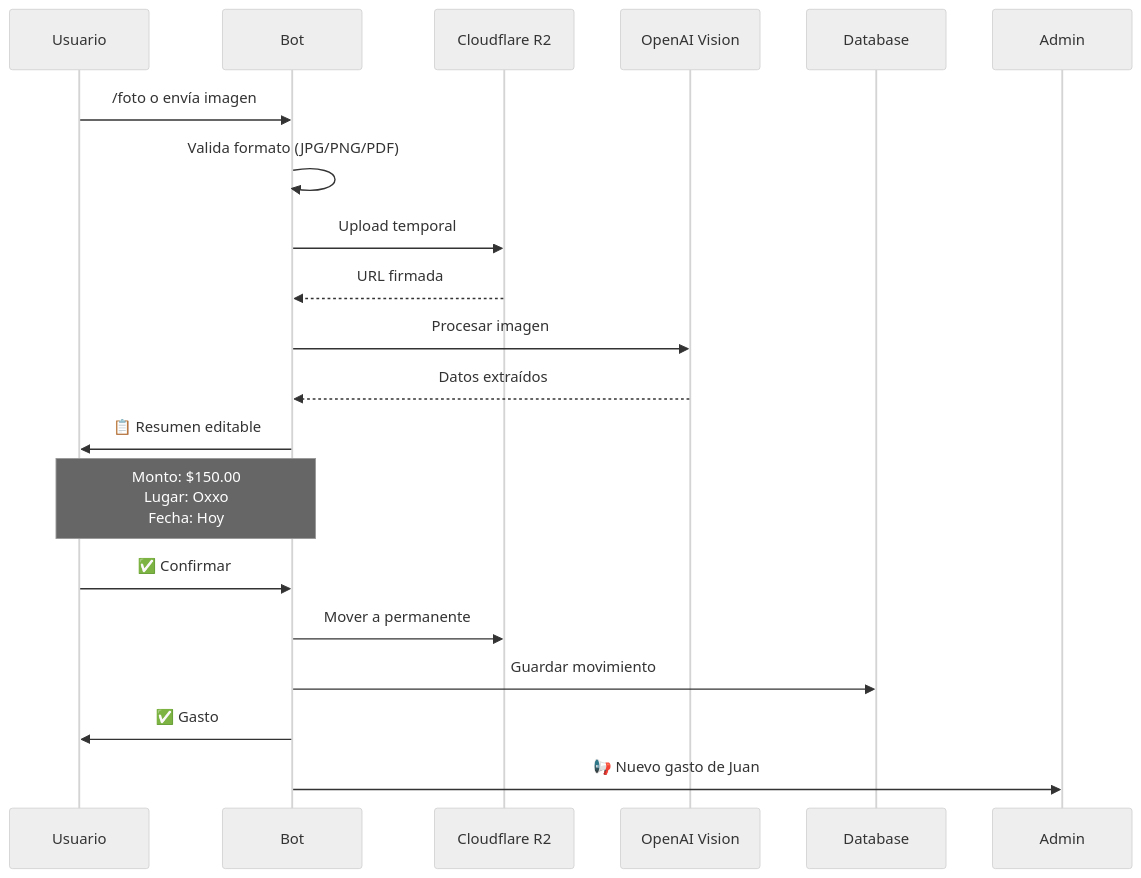
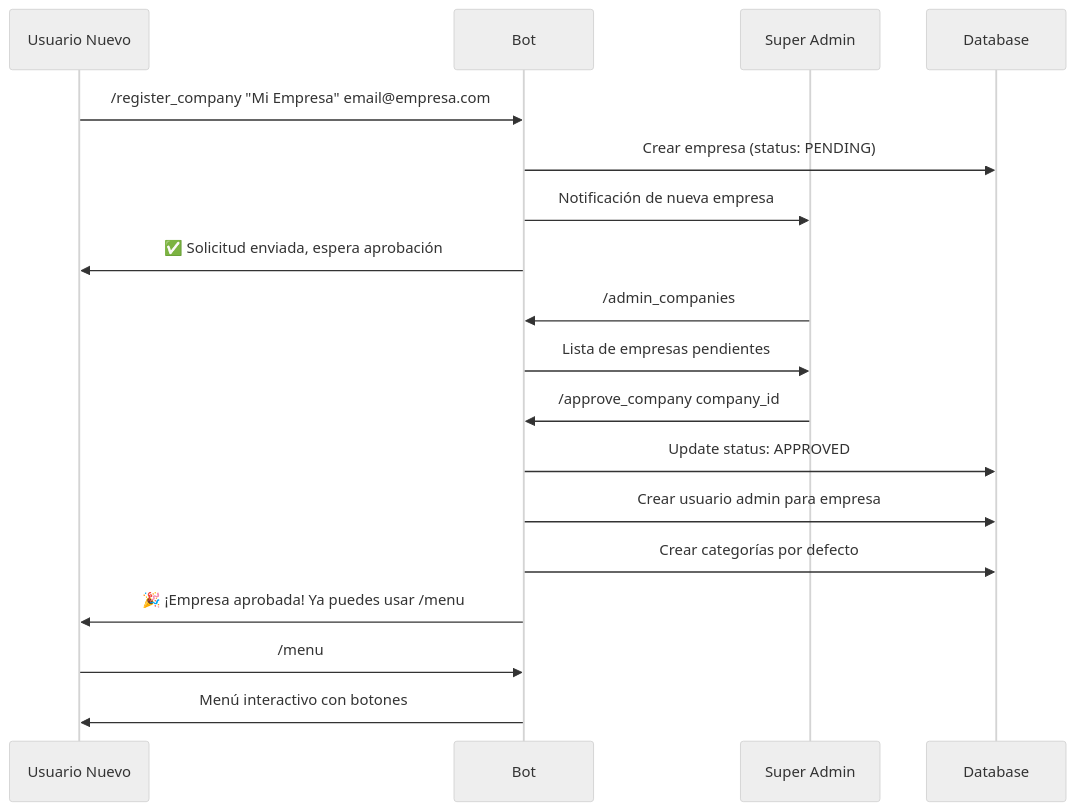
One commit to Fechomap/registroGASTOS changed the second of 2 diagrams in PLAN-MAESTRO-PROYECTO.md. Above: the diagram before and after it, drawn with Mermaid (neutral theme). The commit also changed other lines of this file and 7 other files, not shown here.

````diff
--- a/PLAN-MAESTRO-PROYECTO.md
+++ b/PLAN-MAESTRO-PROYECTO.md
@@ -437,22 +395,23 @@
 ```mermaid
 sequenceDiagram
-    participant U as Usuario
+    participant U as Usuario Nuevo
     participant B as Bot
-    participant CF as Cloudflare R2
-    participant AI as OpenAI Vision
+    participant SA as Super Admin
     participant DB as Database
 
-    U->>B: /foto o envía imagen
-    B->>B: Valida formato (JPG/PNG/PDF)
-    B->>CF: Upload temporal
-    CF-->>B: URL firmada
-    B->>AI: Procesar imagen
-    AI-->>B: Datos extraídos
-    B->>U: 📋 Resumen editable
-    Note over U,B: Monto: $150.00<br/>Lugar: Oxxo<br/>Fecha: Hoy
-    U->>B: ✅ Confirmar
-    B->>CF: Mover a permanente
-    B->>DB: Guardar movimiento
-    B->>U: ✅ Gasto #F-0001 registrado
-    B->>Admin: 📢 Nuevo gasto de Juan
+    U->>B: /register_company "Mi Empresa" email@empresa.com
+    B->>DB: Crear empresa (status: PENDING)
+    B->>SA: Notificación de nueva empresa
+    B->>U: ✅ Solicitud enviada, espera aprobación
+    
+    SA->>B: /admin_companies
+    B->>SA: Lista de empresas pendientes
+    SA->>B: /approve_company company_id
+    B->>DB: Update status: APPROVED
+    B->>DB: Crear usuario admin para empresa
+    B->>DB: Crear categorías por defecto
+    B->>U: 🎉 ¡Empresa aprobada! Ya puedes usar /menu
+    
+    U->>B: /menu
+    B->>U: Menú interactivo con botones
 ```
````
